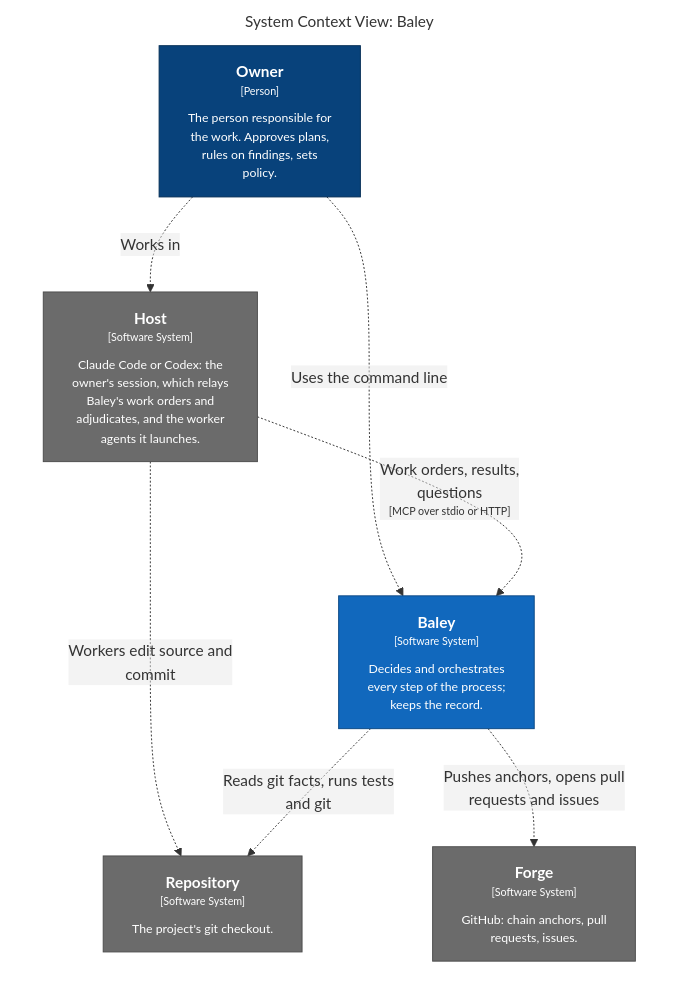
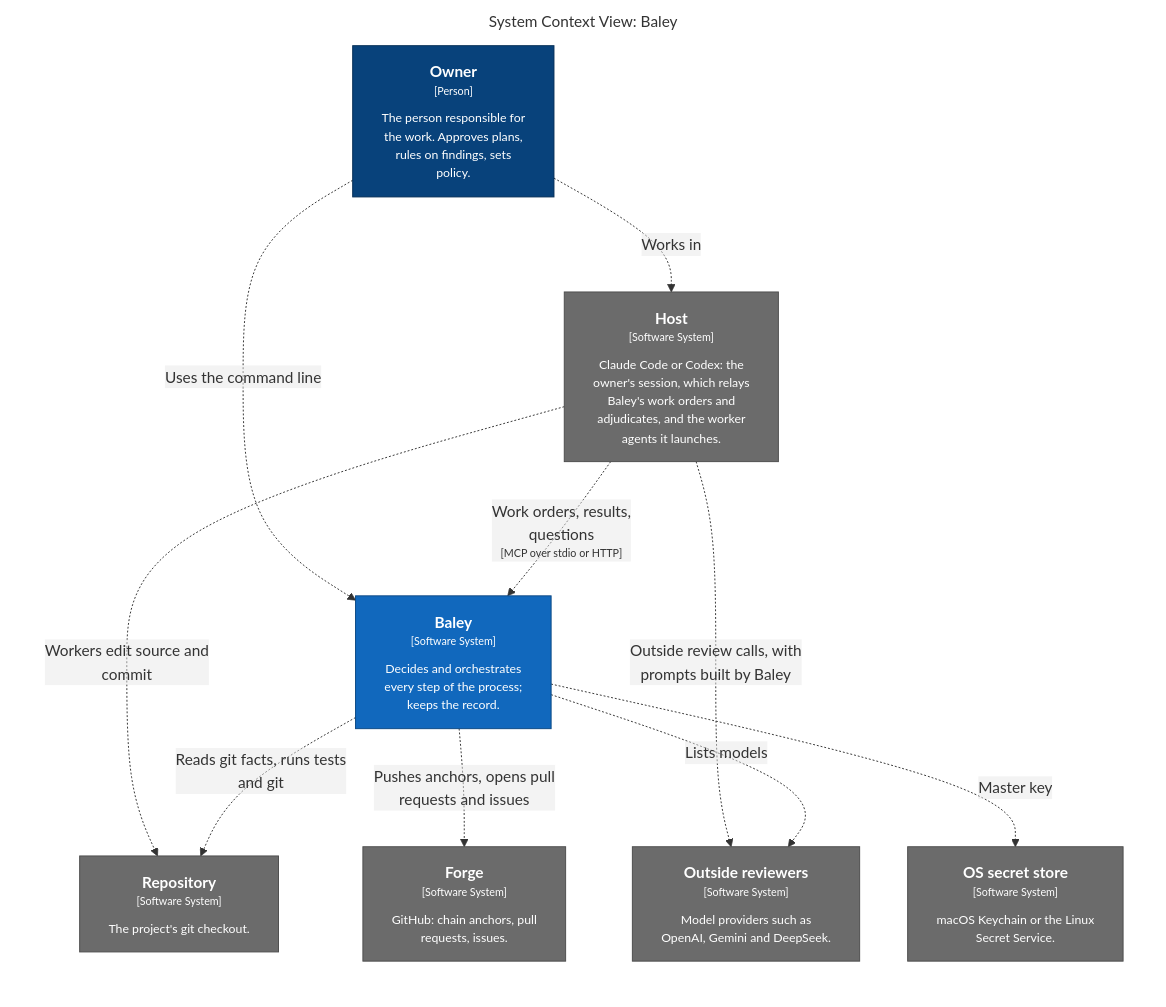
Before and after one commit to crenshawdev/baley: the first of 4 diagrams in docs/design/0002-system-design.md, drawn with Mermaid. The commit also changed other lines of this file and 3 other files, not shown here.

````diff
--- a/docs/design/0002-system-design.md
+++ b/docs/design/0002-system-design.md
@@ -51,27 +51,34 @@
 ```mermaid
 graph LR
   linkStyle default fill:none
 
   subgraph diagram ["System Context View: Baley"]
     style diagram fill:none,stroke:none
 
     1["<div style='font-weight: bold'>Owner</div><div style='font-size: 70%; margin-top: 0px'>[Person]</div><div style='font-size: 80%; margin-top:10px'>The person responsible for<br />the work. Approves plans,<br />rules on findings, sets<br />policy.</div>"]
     style 1 fill:#08427b,stroke:#052e56,color:#ffffff
-    12["<div style='font-weight: bold'>Host</div><div style='font-size: 70%; margin-top: 0px'>[Software System]</div><div style='font-size: 80%; margin-top:10px'>Claude Code or Codex: the<br />owner's session, which relays<br />Baley's work orders and<br />adjudicates, and the worker<br />agents it launches.</div>"]
-    style 12 fill:#6b6b6b,stroke:#4d4d4d,color:#ffffff
-    13["<div style='font-weight: bold'>Repository</div><div style='font-size: 70%; margin-top: 0px'>[Software System]</div><div style='font-size: 80%; margin-top:10px'>The project's git checkout.</div>"]
-    style 13 fill:#6b6b6b,stroke:#4d4d4d,color:#ffffff
-    14["<div style='font-weight: bold'>Forge</div><div style='font-size: 70%; margin-top: 0px'>[Software System]</div><div style='font-size: 80%; margin-top:10px'>GitHub: chain anchors, pull<br />requests, issues.</div>"]
+    14["<div style='font-weight: bold'>Host</div><div style='font-size: 70%; margin-top: 0px'>[Software System]</div><div style='font-size: 80%; margin-top:10px'>Claude Code or Codex: the<br />owner's session, which relays<br />Baley's work orders and<br />adjudicates, and the worker<br />agents it launches.</div>"]
     style 14 fill:#6b6b6b,stroke:#4d4d4d,color:#ffffff
+    15["<div style='font-weight: bold'>Repository</div><div style='font-size: 70%; margin-top: 0px'>[Software System]</div><div style='font-size: 80%; margin-top:10px'>The project's git checkout.</div>"]
+    style 15 fill:#6b6b6b,stroke:#4d4d4d,color:#ffffff
+    16["<div style='font-weight: bold'>Forge</div><div style='font-size: 70%; margin-top: 0px'>[Software System]</div><div style='font-size: 80%; margin-top:10px'>GitHub: chain anchors, pull<br />requests, issues.</div>"]
+    style 16 fill:#6b6b6b,stroke:#4d4d4d,color:#ffffff
+    17["<div style='font-weight: bold'>Outside reviewers</div><div style='font-size: 70%; margin-top: 0px'>[Software System]</div><div style='font-size: 80%; margin-top:10px'>Model providers such as<br />OpenAI, Gemini and DeepSeek.</div>"]
+    style 17 fill:#6b6b6b,stroke:#4d4d4d,color:#ffffff
+    18["<div style='font-weight: bold'>OS secret store</div><div style='font-size: 70%; margin-top: 0px'>[Software System]</div><div style='font-size: 80%; margin-top:10px'>macOS Keychain or the Linux<br />Secret Service.</div>"]
+    style 18 fill:#6b6b6b,stroke:#4d4d4d,color:#ffffff
     2["<div style='font-weight: bold'>Baley</div><div style='font-size: 70%; margin-top: 0px'>[Software System]</div><div style='font-size: 80%; margin-top:10px'>Decides and orchestrates<br />every step of the process;<br />keeps the record.</div>"]
     style 2 fill:#1168bd,stroke:#0b4884,color:#ffffff
 
-    1-. "<div>Works in</div><div style='font-size: 70%'></div>" .->12
+    1-. "<div>Works in</div><div style='font-size: 70%'></div>" .->14
     1-. "<div>Uses the command line</div><div style='font-size: 70%'></div>" .->2
-    12-. "<div>Work orders, results,<br />questions</div><div style='font-size: 70%'>[MCP over stdio or HTTP]</div>" .->2
-    12-. "<div>Workers edit source and<br />commit</div><div style='font-size: 70%'></div>" .->13
-    2-. "<div>Reads git facts, runs tests<br />and git</div><div style='font-size: 70%'></div>" .->13
-    2-. "<div>Pushes anchors, opens pull<br />requests and issues</div><div style='font-size: 70%'></div>" .->14
+    14-. "<div>Work orders, results,<br />questions</div><div style='font-size: 70%'>[MCP over stdio or HTTP]</div>" .->2
+    14-. "<div>Workers edit source and<br />commit</div><div style='font-size: 70%'></div>" .->15
+    14-. "<div>Outside review calls, with<br />prompts built by Baley</div><div style='font-size: 70%'></div>" .->17
+    2-. "<div>Master key</div><div style='font-size: 70%'></div>" .->18
+    2-. "<div>Lists models</div><div style='font-size: 70%'></div>" .->17
+    2-. "<div>Reads git facts, runs tests<br />and git</div><div style='font-size: 70%'></div>" .->15
+    2-. "<div>Pushes anchors, opens pull<br />requests and issues</div><div style='font-size: 70%'></div>" .->16
 
   end
 ```
````
